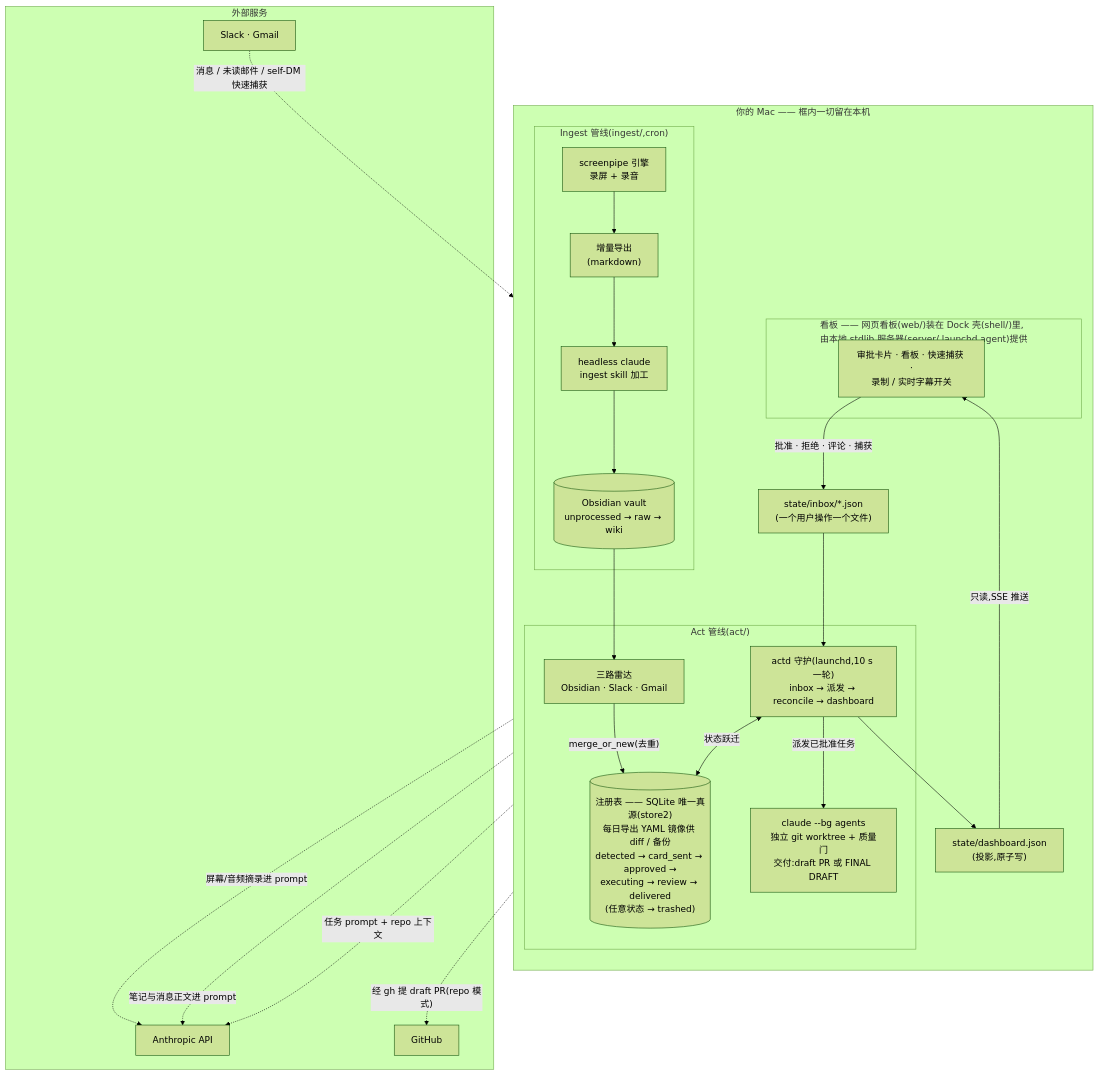
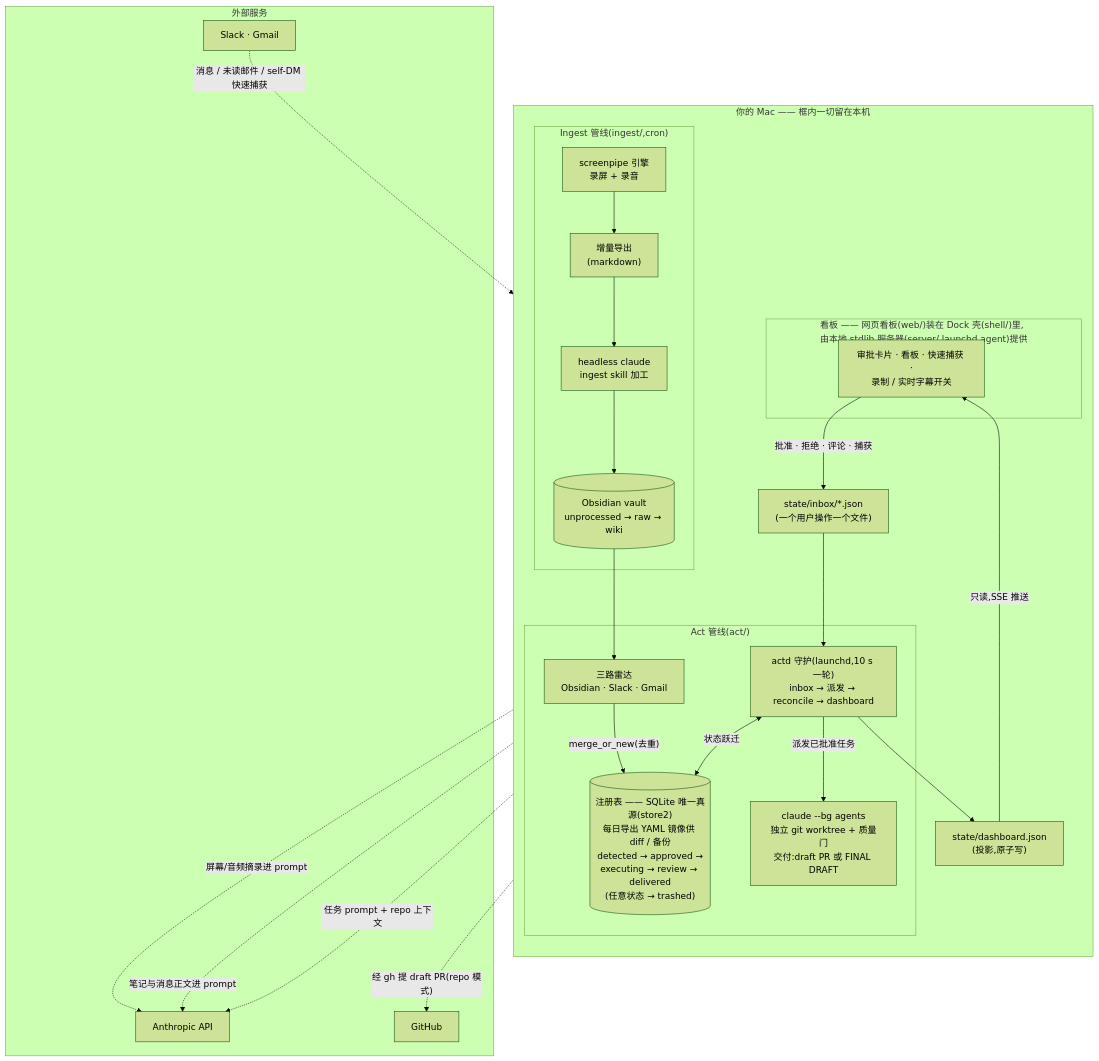
The diagram in README.zh-CN.md (Wan-ZL/zelin-ai-assistant), drawn with Mermaid (forest theme) before and after one commit. The commit also changed other lines of this file and 222 other files, not shown here.

````diff
--- a/README.zh-CN.md
+++ b/README.zh-CN.md
@@ -35,48 +35,48 @@
 ```mermaid
 flowchart TB
     subgraph MAC["你的 Mac —— 框内一切留在本机"]
         direction TB
 
         subgraph INGEST["Ingest 管线(ingest/,cron)"]
             SP["screenpipe 引擎<br/>录屏 + 录音"] --> EXP["增量导出<br/>(markdown)"]
             EXP --> DISTILL["headless claude<br/>ingest skill 加工"]
             DISTILL --> VAULT[("Obsidian vault<br/>unprocessed → raw → wiki")]
         end
 
         subgraph ACTP["Act 管线(act/)"]
             RADARS["三路雷达<br/>Obsidian · Slack · Gmail"]
-            REG[("注册表 —— SQLite 唯一真源(store2)<br/>每日导出 YAML 镜像供 diff / 备份<br/>detected → card_sent → approved →<br/>executing → review → delivered<br/>(任意状态 → trashed)")]
+            REG[("注册表 —— SQLite 唯一真源(store2)<br/>每日导出 YAML 镜像供 diff / 备份<br/>detected → approved →<br/>executing → review → delivered<br/>(任意状态 → trashed)")]
             ACTD["actd 守护(launchd,10 s 一轮)<br/>inbox → 派发 → reconcile → dashboard"]
             AGENTS["claude --bg agents<br/>独立 git worktree + 质量门<br/>交付:draft PR 或 FINAL DRAFT"]
             RADARS -->|"merge_or_new(去重)"| REG
             ACTD <-->|"状态跃迁"| REG
             ACTD -->|"派发已批准任务"| AGENTS
         end
 
         VAULT --> RADARS
 
         DASH["state/dashboard.json<br/>(投影,原子写)"]
         INBOX["state/inbox/*.json<br/>(一个用户操作一个文件)"]
 
         subgraph APP["看板 —— 网页看板(web/)装在 Dock 壳(shell/)里,<br/>由本地 stdlib 服务器(server/,launchd agent)提供"]
             UI["审批卡片 · 看板 · 快速捕获 ·<br/>录制 / 实时字幕开关"]
         end
 
         ACTD --> DASH
         DASH -->|"只读,SSE 推送"| UI
         UI -->|"批准 · 拒绝 · 评论 · 捕获"| INBOX
         INBOX --> ACTD
     end
 
     subgraph EXT["外部服务"]
         ANTH["Anthropic API"]
         GH["GitHub"]
         SRC["Slack · Gmail"]
     end
 
     DISTILL -.->|"屏幕/音频摘录进 prompt"| ANTH
     RADARS -.->|"笔记与消息正文进 prompt"| ANTH
     AGENTS -.->|"任务 prompt + repo 上下文"| ANTH
     AGENTS -.->|"经 gh 提 draft PR(repo 模式)"| GH
     SRC -.->|"消息 / 未读邮件 / self-DM 快速捕获"| RADARS
 ```
````
